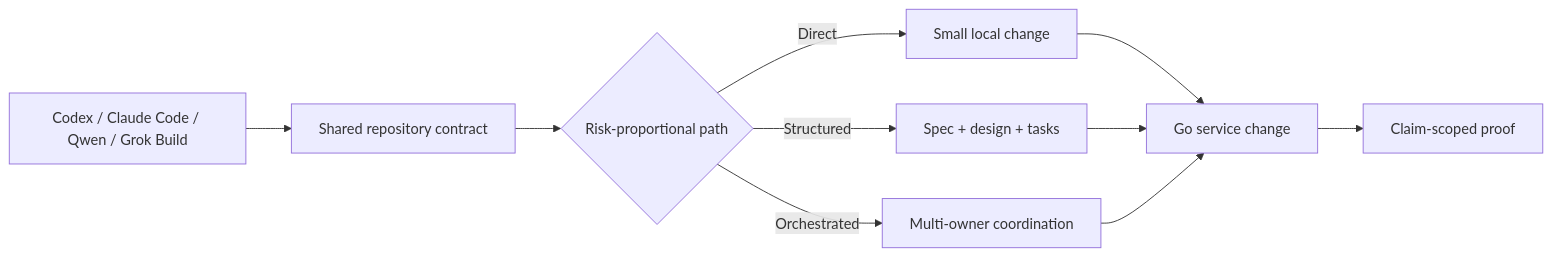
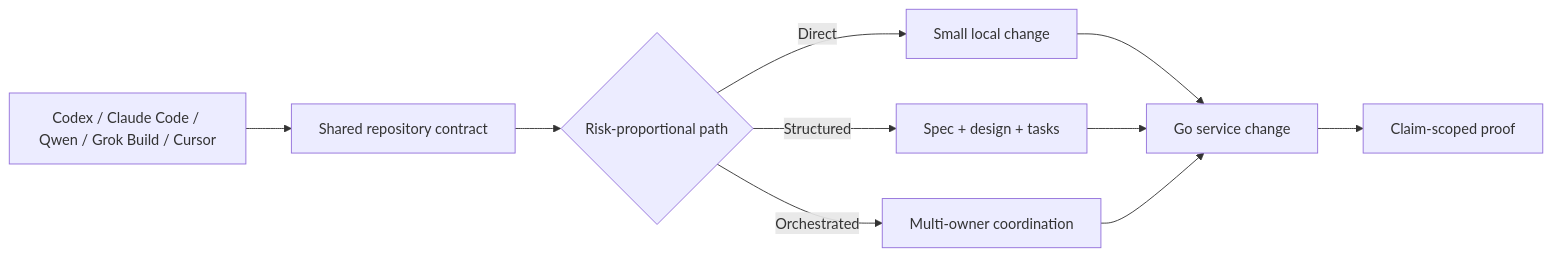
One commit to Dankosik/go-service-template-rest changed the first of 2 diagrams in README.md. Above: the diagram before and after it, drawn with Mermaid. The commit also changed other lines of this file and 27 other files, not shown here.

````diff
--- a/README.md
+++ b/README.md
@@ -195,12 +195,12 @@
 ```mermaid
 flowchart LR
-    A["Codex / Claude Code / Qwen / Grok Build"] --> B["Shared repository contract"]
+    A["Codex / Claude Code / Qwen / Grok Build / Cursor"] --> B["Shared repository contract"]
     B --> C{"Risk-proportional path"}
     C -->|Direct| D["Small local change"]
     C -->|Structured| E["Spec + design + tasks"]
     C -->|Orchestrated| F["Multi-owner coordination"]
     D --> G["Go service change"]
     E --> G
     F --> G
     G --> H["Claim-scoped proof"]
 ```
````
